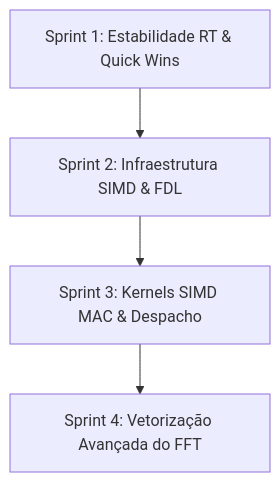
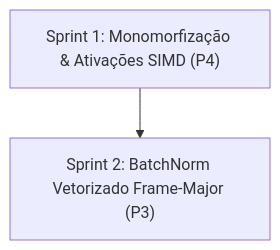
The diagram in TODO-sprints.md (fabiohl/nam-rs), drawn with Mermaid before and after one commit. The commit also changed other lines of this file and 1 other file, not shown here.

````diff
--- a/TODO-sprints.md
+++ b/TODO-sprints.md
@@ -16,6 +16,4 @@
 ```mermaid
 graph TD
-    S1[Sprint 1: Estabilidade RT & Quick Wins] --> S2[Sprint 2: Infraestrutura SIMD & FDL]
-    S2 --> S3[Sprint 3: Kernels SIMD MAC & Despacho]
-    S3 --> S4[Sprint 4: Vetorização Avançada do FFT]
+    S1["Sprint 1: Monomorfização & Ativações SIMD (P4)"] --> S2["Sprint 2: BatchNorm Vetorizado Frame-Major (P3)"]
 ```
````
